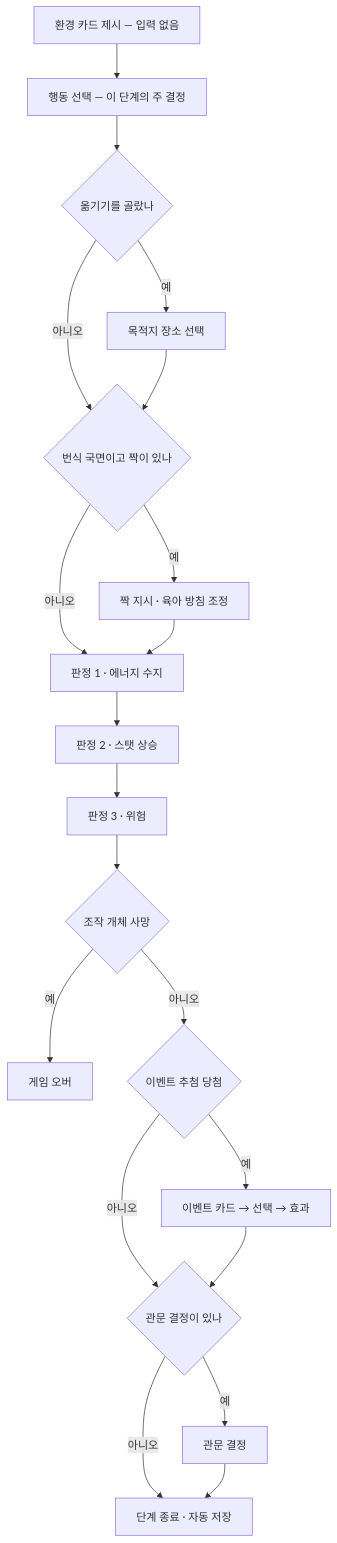
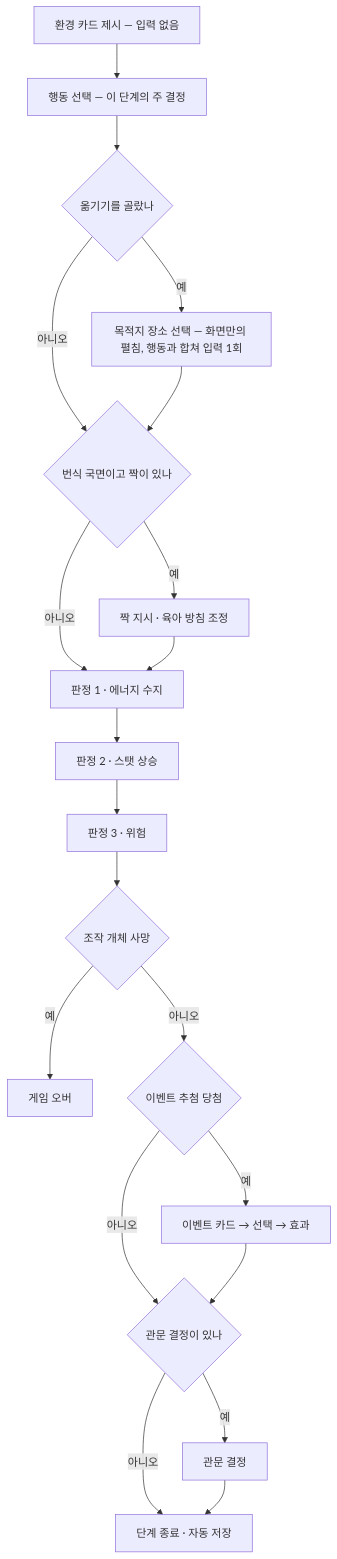
Before and after one commit to JJ1NNU/wildlife-of-bird: the second of 2 diagrams in docs/design/specs/00-core-loop.md, drawn with Mermaid. The commit also changed other lines of this file and 1 other file, not shown here.

````diff
--- a/docs/design/specs/00-core-loop.md
+++ b/docs/design/specs/00-core-loop.md
@@ -83,22 +83,22 @@
 ```mermaid
 flowchart TD
     A["환경 카드 제시 — 입력 없음"] --> B["행동 선택 — 이 단계의 주 결정"]
     B --> C{"옮기기를 골랐나"}
-    C -- 예 --> D["목적지 장소 선택"]
+    C -- 예 --> D["목적지 장소 선택 — 화면만의 펼침, 행동과 합쳐 입력 1회"]
     C -- 아니오 --> E{"번식 국면이고 짝이 있나"}
     D --> E
     E -- 예 --> F["짝 지시 · 육아 방침 조정"]
     E -- 아니오 --> G["판정 1 · 에너지 수지"]
     F --> G
     G --> H["판정 2 · 스탯 상승"]
     H --> I["판정 3 · 위험"]
     I --> J{"조작 개체 사망"}
     J -- 예 --> Z["게임 오버"]
     J -- 아니오 --> K{"이벤트 추첨 당첨"}
     K -- 예 --> L["이벤트 카드 → 선택 → 효과"]
     K -- 아니오 --> M{"관문 결정이 있나"}
     L --> M
     M -- 예 --> N["관문 결정"]
     M -- 아니오 --> O["단계 종료 · 자동 저장"]
     N --> O
 ```
````
